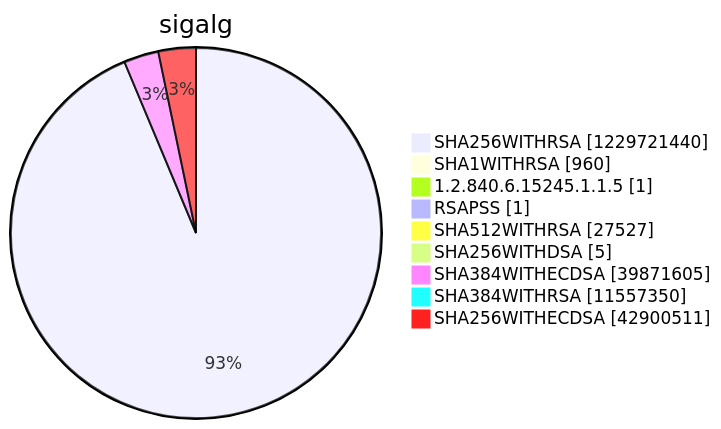
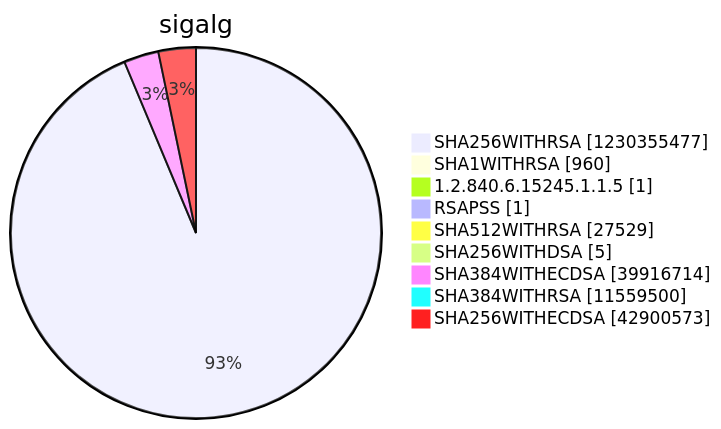
Before and after one commit to christiankrug/ctmonitor_visualization: diagram 15 of 15 in argon2022/README.md, drawn with Mermaid. The commit also changed other lines of this file, not shown here.

````diff
--- a/argon2022/README.md
+++ b/argon2022/README.md
@@ -5522,13 +5522,13 @@
 ```mermaid
 pie showData
 title sigalg
-"SHA256WITHRSA" :1229721440
+"SHA256WITHRSA" :1230355477
 "SHA1WITHRSA" :960
 "1.2.840.6.15245.1.1.5" :1
 "RSAPSS" :1
-"SHA512WITHRSA" :27527
+"SHA512WITHRSA" :27529
 "SHA256WITHDSA" :5
-"SHA384WITHECDSA" :39871605
-"SHA384WITHRSA" :11557350
-"SHA256WITHECDSA" :42900511
+"SHA384WITHECDSA" :39916714
+"SHA384WITHRSA" :11559500
+"SHA256WITHECDSA" :42900573
 ```
````
